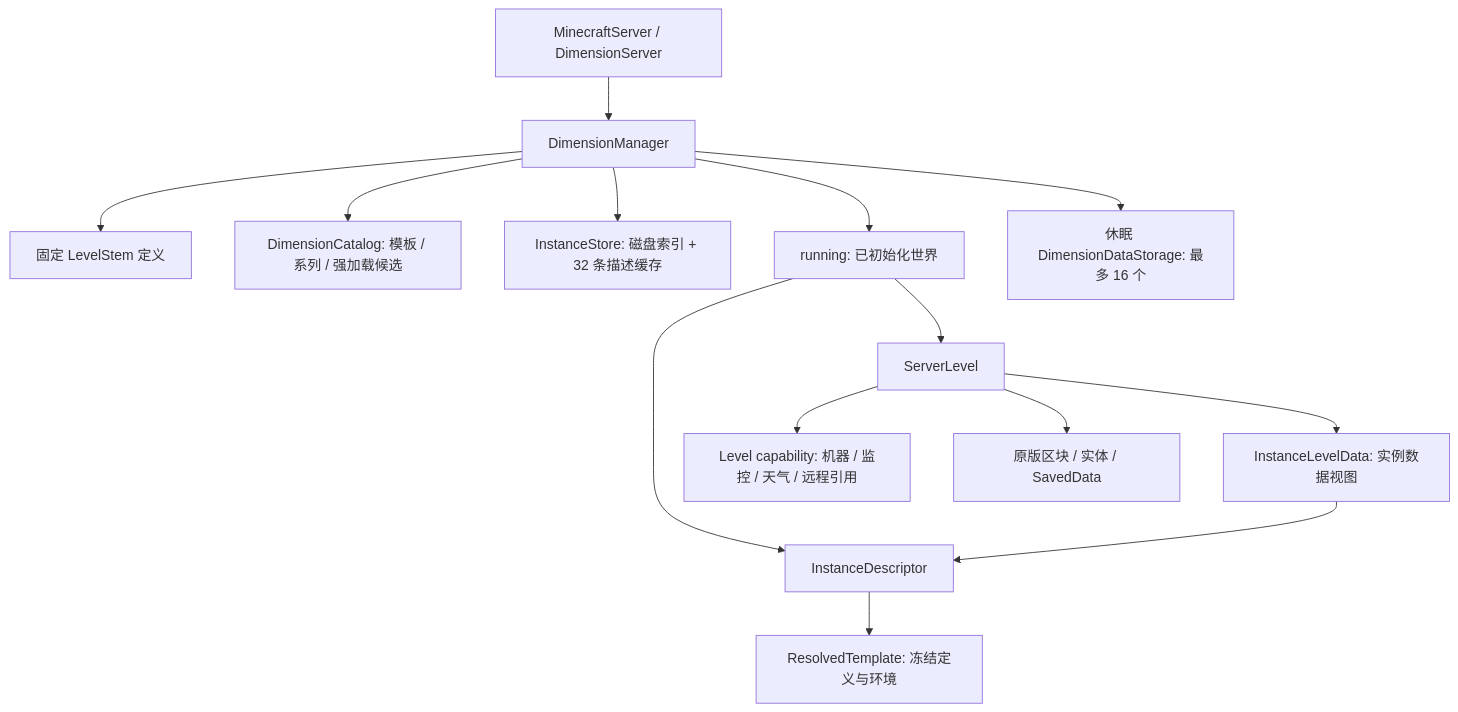
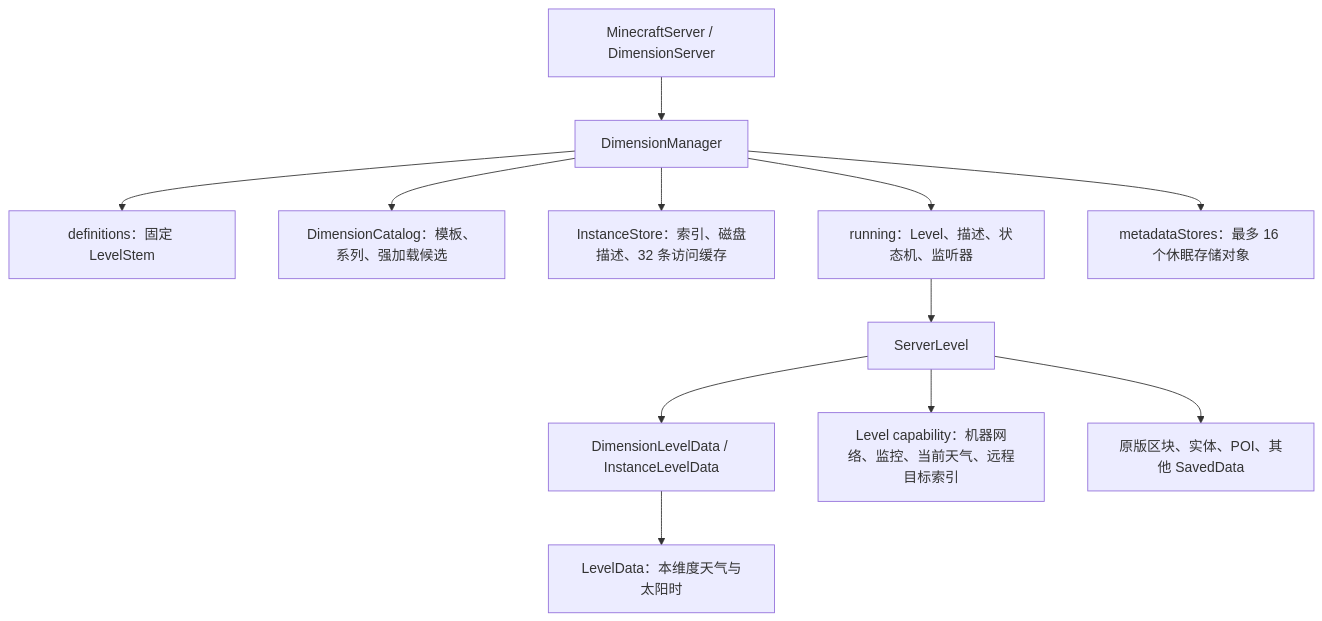
The first of 5 diagrams in docs/dimensions.md (GregTech-Odyssey/GTOCore-Main), drawn with Mermaid before and after one commit. The commit also changed other lines of this file and 2 other files, not shown here.

````diff
--- a/docs/dimensions.md
+++ b/docs/dimensions.md
@@ -36,16 +19,14 @@
 ```mermaid
 flowchart TD
-    S[MinecraftServer / DimensionServer] --> M[DimensionManager]
-    M --> D[固定 LevelStem 定义]
-    M --> C[DimensionCatalog: 模板 / 系列 / 强加载候选]
-    M --> I[InstanceStore: 磁盘索引 + 32 条描述缓存]
-    M --> R[running: 已初始化世界]
-    M --> H[休眠 DimensionDataStorage: 最多 16 个]
-    R --> L[ServerLevel]
-    R --> ID[InstanceDescriptor]
-    L --> LD[InstanceLevelData: 实例数据视图]
-    LD --> ID
-    ID --> T[ResolvedTemplate: 冻结定义与环境]
-    L --> CAP[Level capability: 机器 / 监控 / 天气 / 远程引用]
-    L --> NATIVE[原版区块 / 实体 / SavedData]
+    SERVER["MinecraftServer / DimensionServer"] --> MANAGER[DimensionManager]
+    MANAGER --> FIXED["definitions：固定 LevelStem"]
+    MANAGER --> CATALOG["DimensionCatalog：模板、系列、强加载候选"]
+    MANAGER --> STORE["InstanceStore：索引、磁盘描述、32 条访问缓存"]
+    MANAGER --> RUNNING["running：Level、描述、状态机、监听器"]
+    MANAGER --> META["metadataStores：最多 16 个休眠存储对象"]
+    RUNNING --> LEVEL[ServerLevel]
+    LEVEL --> VIEW["DimensionLevelData / InstanceLevelData"]
+    VIEW --> DATA["LevelData：本维度天气与太阳时"]
+    LEVEL --> CAP["Level capability：机器网络、监控、当前天气、远程目标索引"]
+    LEVEL --> CONTENT["原版区块、实体、POI、其他 SavedData"]
 ```
````
